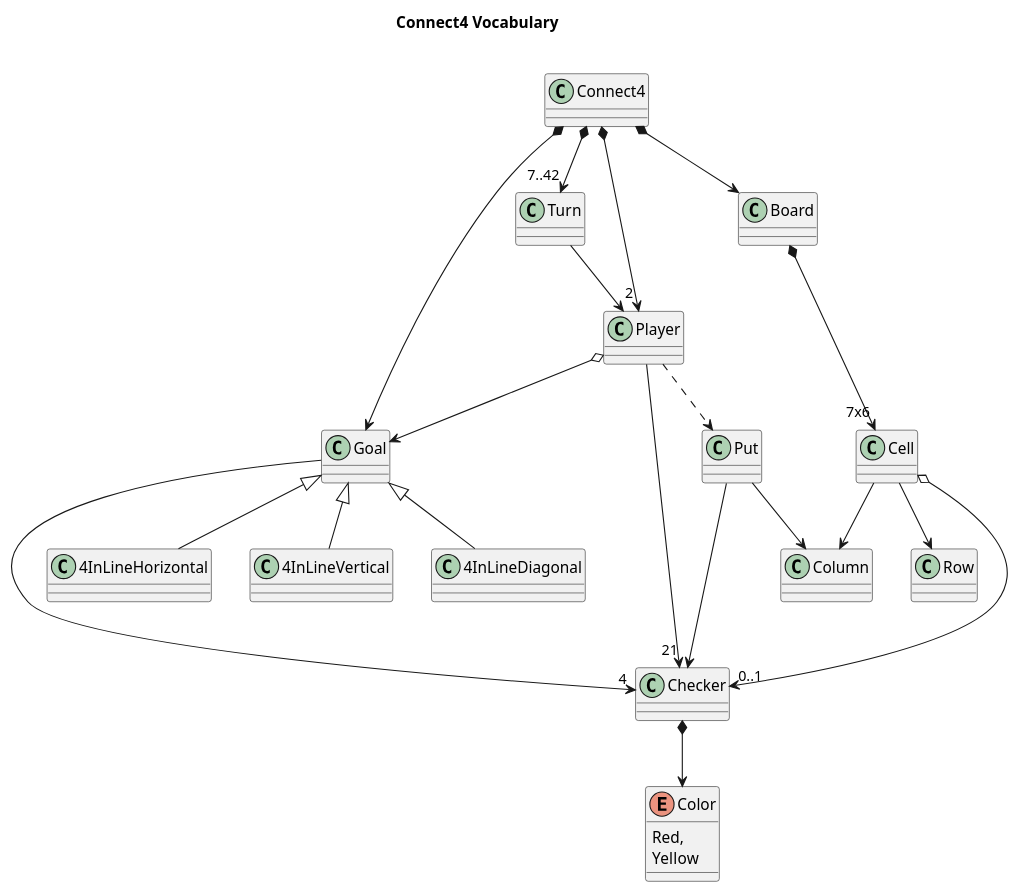
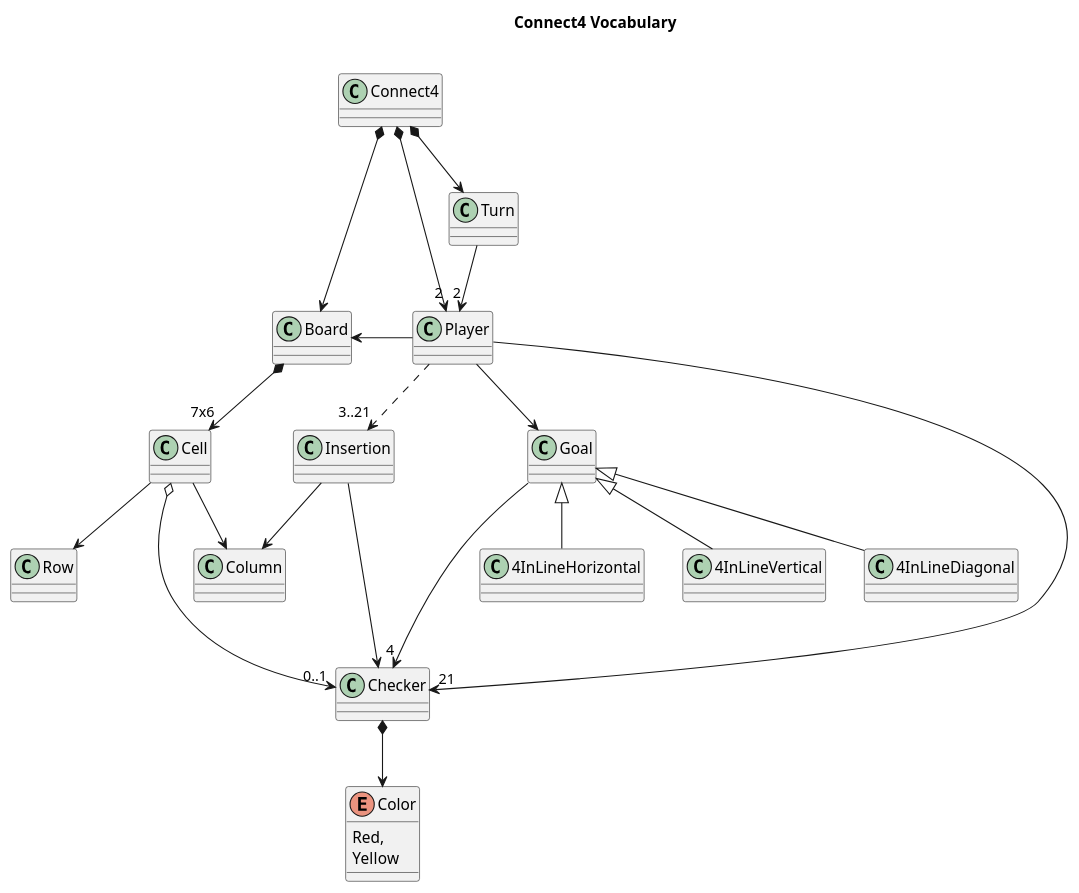
One commit to USantaTecla-ed-mpds/lab-boole changed the diagram in software/game-connect4/docs/connect4--vocabulary.puml. Above: the diagram before and after it, drawn with PlantUML.

Commit message:
Connect4: Update Vocabulary

```diff
--- a/software/game-connect4/docs/connect4--vocabulary.puml
+++ b/software/game-connect4/docs/connect4--vocabulary.puml
@@ -1,50 +1,48 @@
 @startuml connect4--vocabulary
 
 
 title Connect4 Vocabulary \n
 
 class Connect4
 class Turn
 class Player
 class Board
 class Cell
 class Checker
 enum Color {
     Red,
     Yellow
 }
-class Put
+class Insertion
 class Goal
-
 class 4InLineHorizontal
 class 4InLineVertical
 class 4InLineDiagonal
 
-Connect4 *-d-> "2 " Player
-Connect4 *--> "7..42" Turn
+Connect4 *--> Turn
+Connect4 *--> "    2" Player
 Connect4 *--> Board
-Connect4 *--> Goal
 
-Turn --> Player
-Player --> "21" Checker
-Player o--> Goal
-Player ..> Put
+Turn --> " 2" Player
+Player ---> "21" Checker
+Player --> Goal
+Player ..> "3..21" Insertion
+Player -l-> Board
 
-Board *---> "7x6" Cell
-Cell o--> "0..1  " Checker
-
+Board *-d-> "7x6" Cell
+Cell o-r-> "0..1" Checker
 Cell --> Column
 Cell --> Row
 
-Checker *-d-> Color
-Put --> Checker
-Put --> Column
+Checker *--> Color
+Insertion ---> Checker
+Insertion --> Column
 
-Goal ---> "4" Checker
+Goal --> "  4" Checker
 Goal <|-down- 4InLineHorizontal
 Goal <|-down- 4InLineVertical
 Goal <|-down- 4InLineDiagonal
 
 
 
 @enduml
```
